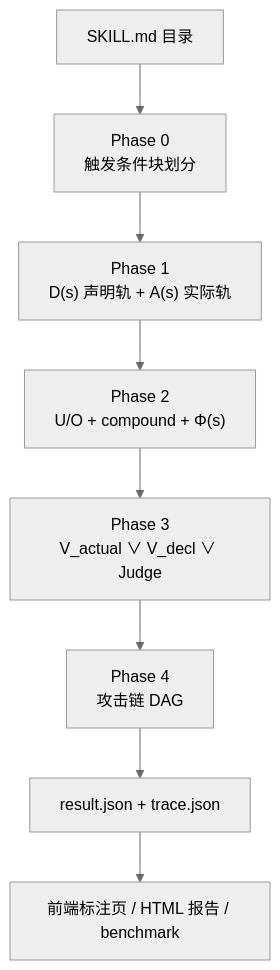
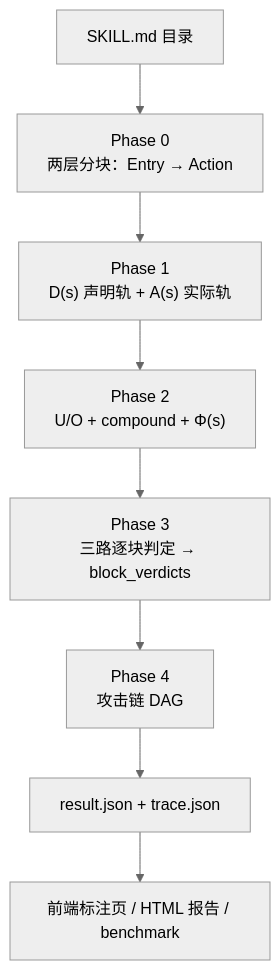
One commit to auto-water/BIVMSA changed the diagram in docs/system-spec.md. Above: the diagram before and after it, drawn with Mermaid (neutral theme). The commit also changed other lines of this file and 2 other files, not shown here.

First line of the commit message:
docs: 更新 README 与 system-spec —— 偏差分析定位 + 两层分块 + 三路 block 判定

````diff
--- a/docs/system-spec.md
+++ b/docs/system-spec.md
@@ -316,10 +326,10 @@
 ```mermaid
 flowchart TD
-    IN["SKILL.md 目录"] --> P0["Phase 0<br/>触发条件块划分"]
+    IN["SKILL.md 目录"] --> P0["Phase 0<br/>两层分块：Entry → Action"]
     P0 --> P1["Phase 1<br/>D(s) 声明轨 + A(s) 实际轨"]
     P1 --> P2["Phase 2<br/>U/O + compound + Φ(s)"]
-    P2 --> P3["Phase 3<br/>V_actual ∨ V_decl ∨ Judge"]
+    P2 --> P3["Phase 3<br/>三路逐块判定 → block_verdicts"]
     P3 --> P4["Phase 4<br/>攻击链 DAG"]
     P4 --> OUT["result.json + trace.json"]
     OUT --> VIZ["前端标注页 / HTML 报告 / benchmark"]
 ```
````
